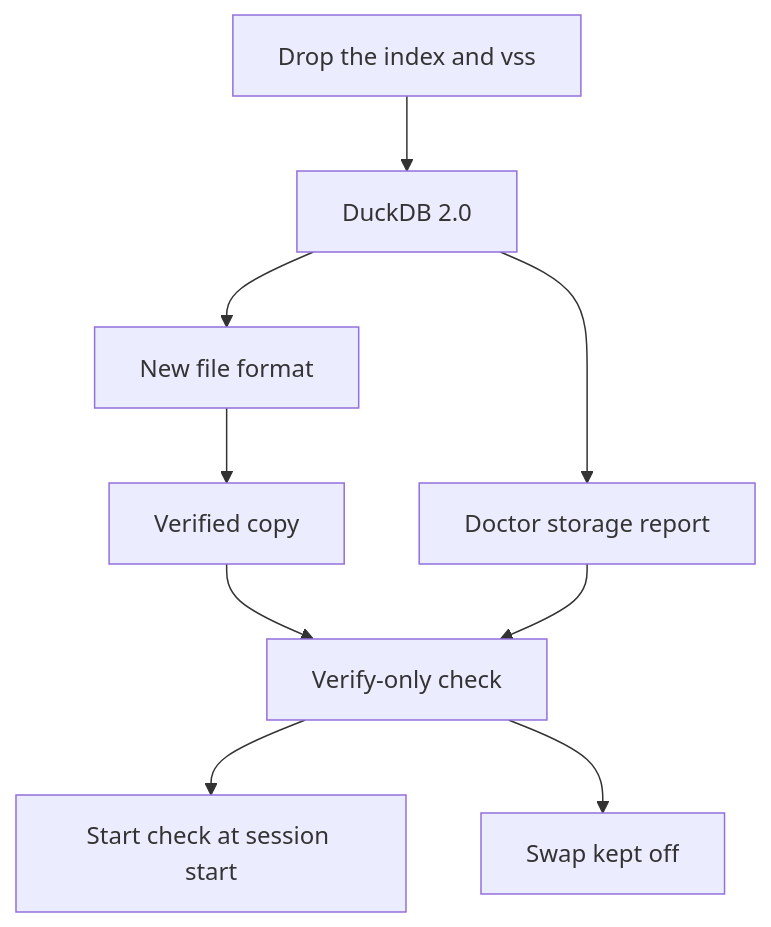
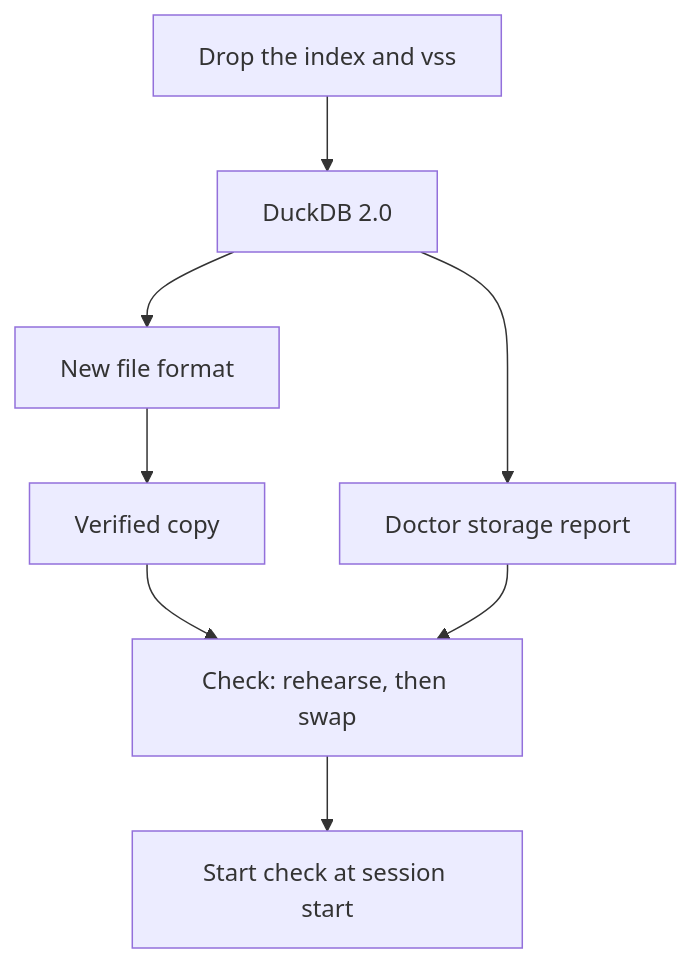
Before and after one commit to Texarkanine/stockroom: the diagram in memory-bank/active/milestones.md, drawn with Mermaid. The commit also changed other lines of this file and 9 other files, not shown here.

First line of the commit message:
chore: saved work on warehouse-file-growth at REVIEW - COMPLETE (advisories folded, swap merged into the check)

````diff
--- a/memory-bank/active/milestones.md
+++ b/memory-bank/active/milestones.md
@@ -48,19 +52,17 @@
 ```mermaid
 flowchart TD
   drop[Drop the index and vss]
   duckdb[DuckDB 2.0]
   format[New file format]
   doctor[Doctor storage report]
   builder[Verified copy]
-  check[Verify-only check]
+  check[Check: rehearse, then swap]
   hook[Start check at session start]
-  swap[Swap kept off]
   drop --> duckdb
   duckdb --> format
   duckdb --> doctor
   format --> builder
   builder --> check
   doctor --> check
   check --> hook
-  check --> swap
 ```
````
